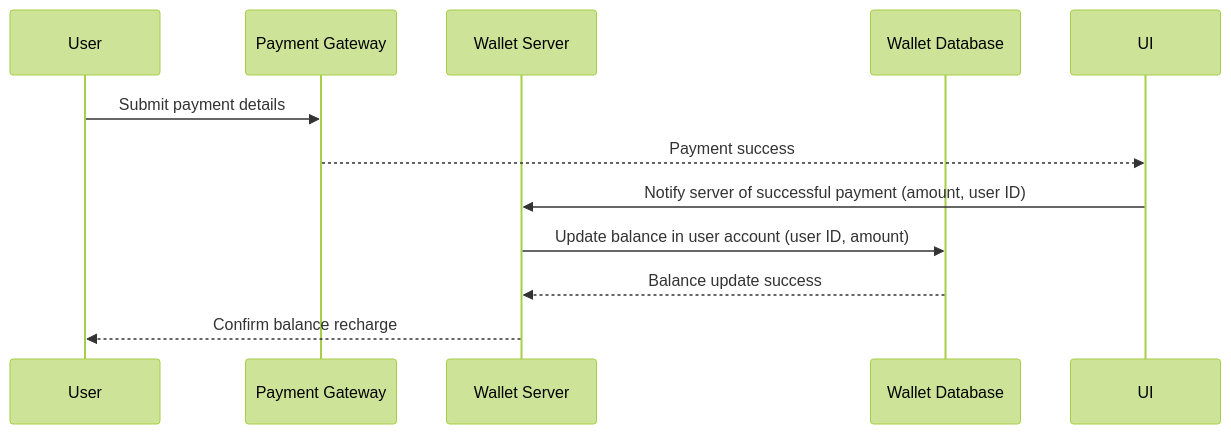
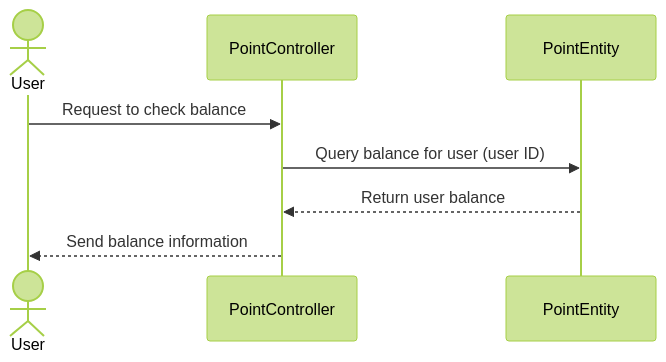
One commit to danykim57/concert changed the fifth of 6 diagrams in README.md. Above: the diagram before and after it, drawn with Mermaid (forest theme). The commit also changed other lines of this file, not shown here.

````diff
--- a/README.md
+++ b/README.md
@@ -141,14 +135,11 @@
 ```mermaid
 sequenceDiagram
-    participant User as User
-    participant PaymentGateway as Payment Gateway
-    participant Server as Wallet Server
-    participant DB as Wallet Database
+    actor User as User
+    participant Server as PointController
+    participant DB as PointEntity
 
-    User->>PaymentGateway: Submit payment details
-    PaymentGateway-->>UI: Payment success
-    UI->>Server: Notify server of successful payment (amount, user ID)
-    Server->>DB: Update balance in user account (user ID, amount)
-    DB-->>Server: Balance update success
-    Server-->>User: Confirm balance recharge
+    User->>Server: Request to check balance
+    Server->>DB: Query balance for user (user ID)
+    DB-->>Server: Return user balance
+    Server-->>User: Send balance information
 ```
````
